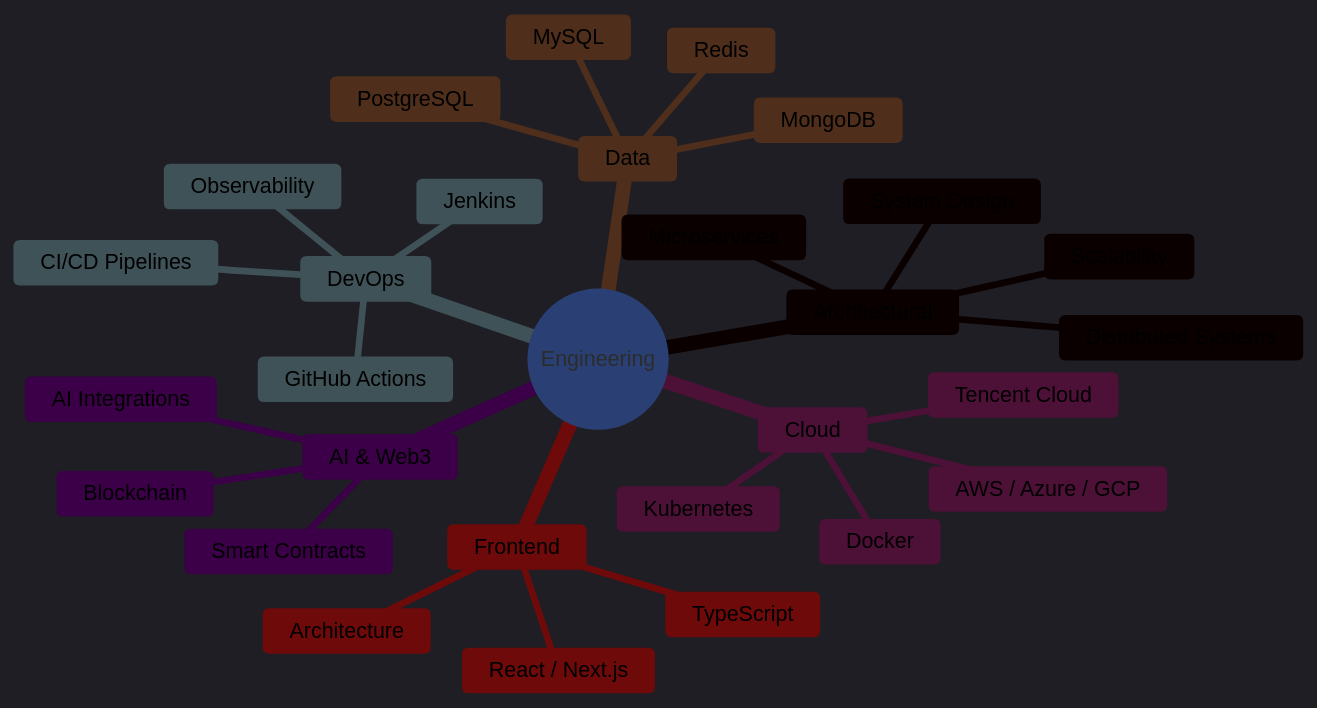
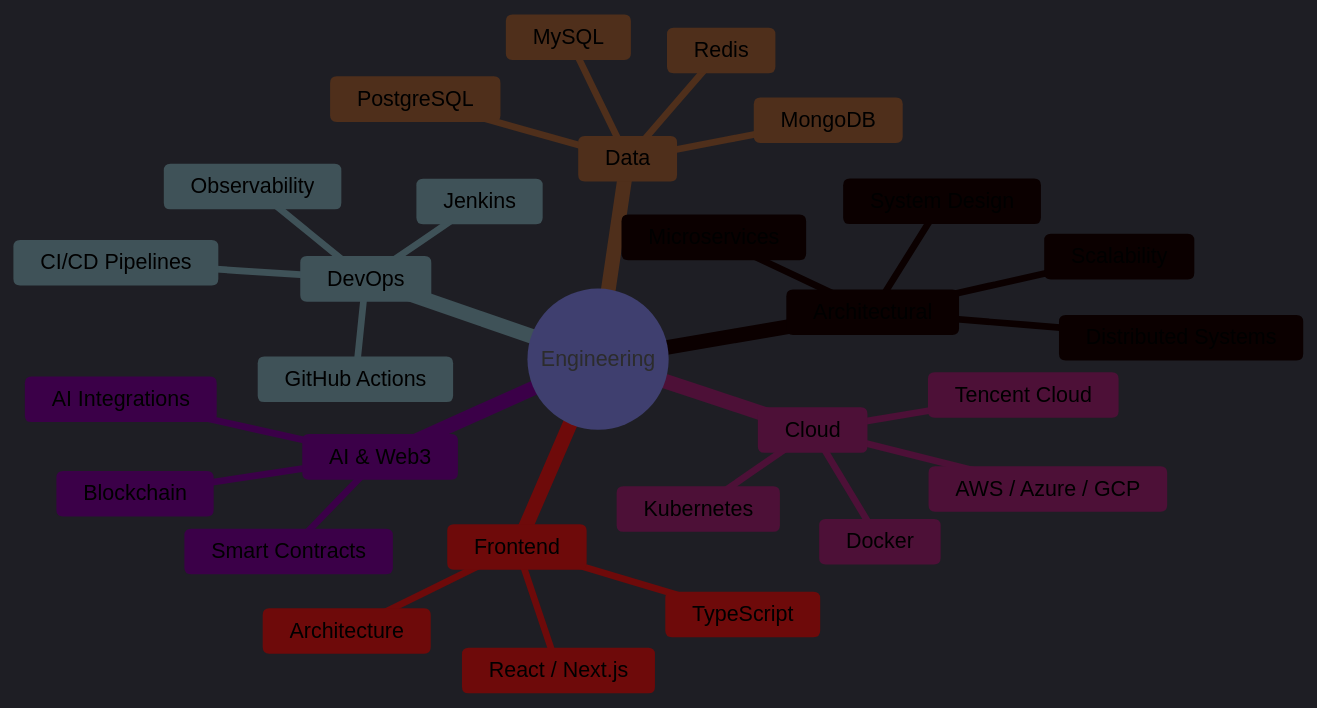
The diagram in README.md (ahbilalkhan/ahbilalkhan), drawn with Mermaid before and after one commit. The commit also changed other lines of this file and 22 other files, not shown here.

Commit message:
Update README.md to enhance GitHub stats display and adjust mermaid diagram theme variables for better visual appeal

````diff
--- a/README.md
+++ b/README.md
@@ -19,33 +19,33 @@
 ```mermaid
-%%{init: {'theme': 'dark', 'themeVariables': { 'darkMode': true, 'background': '#0d1117', 'primaryColor': '#1e1b4b', 'primaryTextColor': '#e2e8f0', 'primaryBorderColor': '#8b5cf6', 'lineColor': '#8b5cf6', 'secondaryColor': '#0f172a', 'tertiaryColor': '#0d1117', 'nodeBorder': '#8b5cf6', 'nodeTextColor': '#e2e8f0', 'edgeLabelBackground': '#0d1117'}}}%%
+%%{init: {'theme': 'dark', 'themeVariables': { 'darkMode': true, 'background': '#0d1117', 'primaryColor': '#1e1b4b', 'primaryTextColor': '#e2e8f0', 'primaryBorderColor': '#8b5cf6', 'lineColor': '#8b5cf6', 'secondaryColor': '#1a1a2e', 'tertiaryColor': '#16213e', 'nodeTextColor': '#e2e8f0'}}}%%
 mindmap
   root((Engineering))
     Architectural
       System Design
       Scalability
       Distributed Systems
       Microservices
     Cloud
       AWS / Azure / GCP
       Tencent Cloud
       Kubernetes
       Docker
     DevOps
       CI/CD Pipelines
       GitHub Actions
       Jenkins
       Observability
     Data
       PostgreSQL
       MongoDB
       Redis
       MySQL
     Frontend
       React / Next.js
       TypeScript
       Architecture
     AI & Web3
       AI Integrations
       Blockchain
       Smart Contracts
 ```
````
